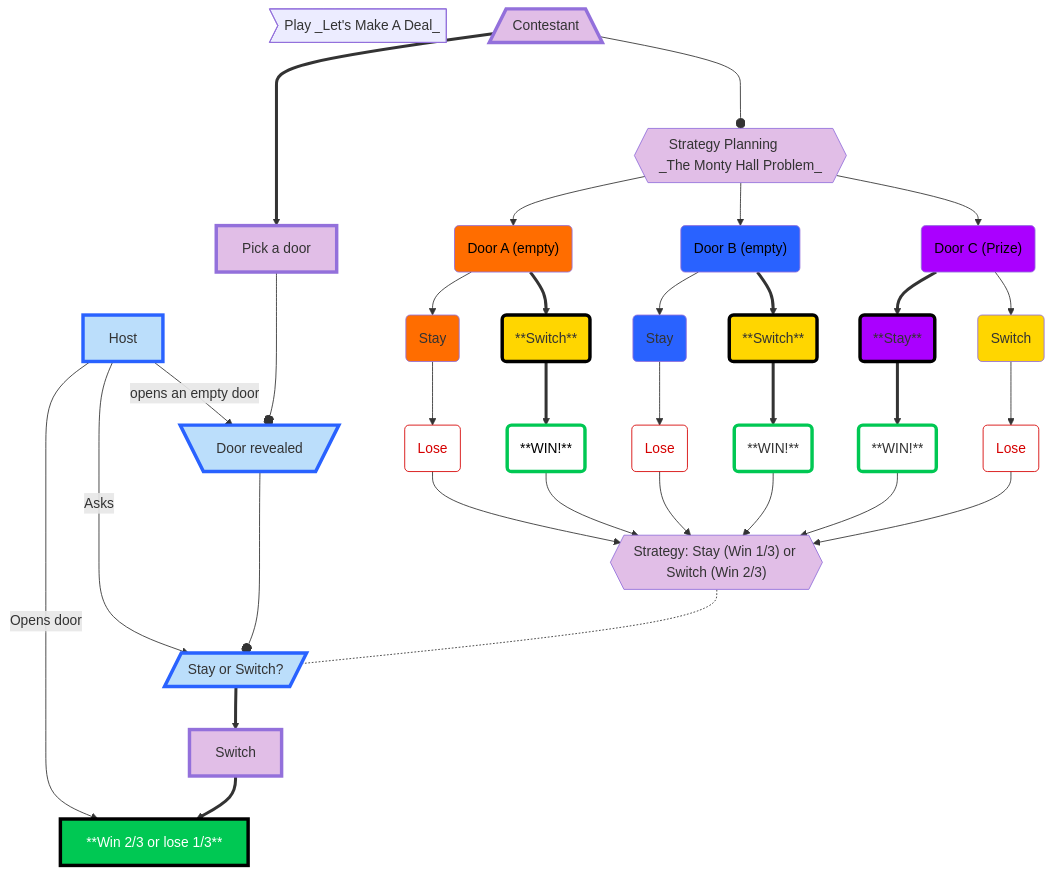
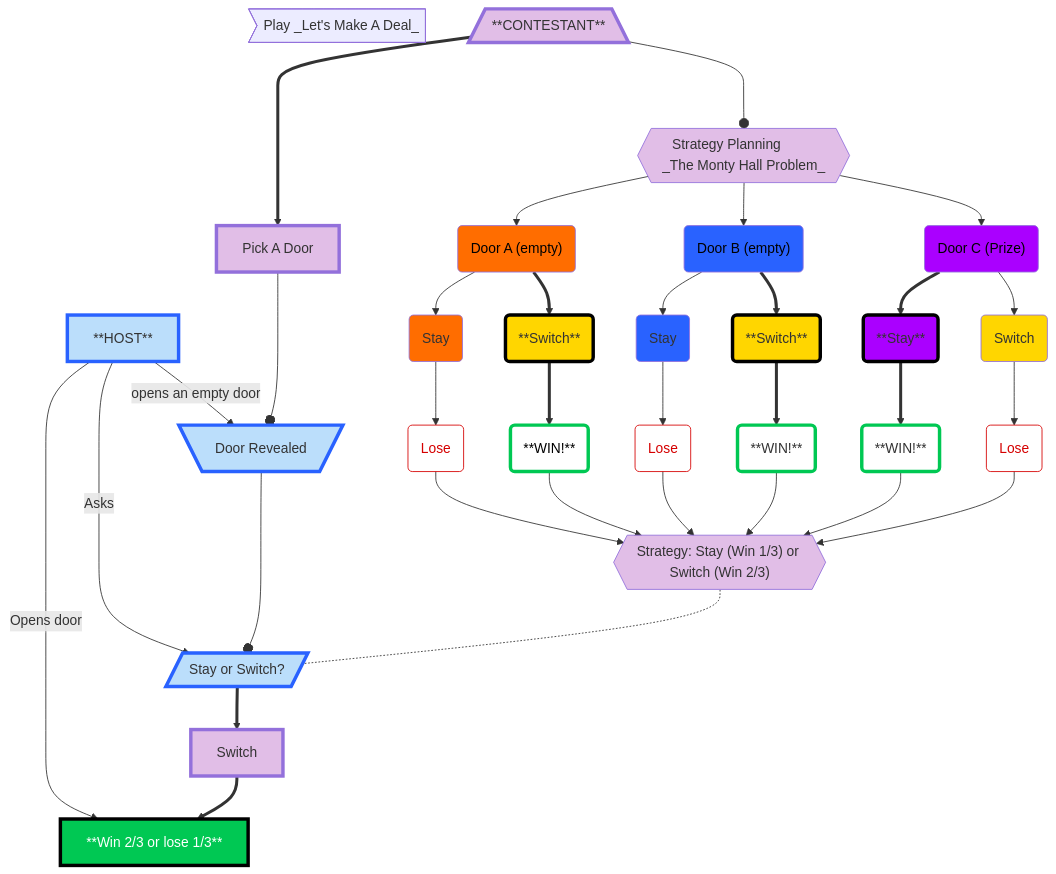
The diagram in Diagram.md (BADmommydale/BADmommydale.github.io), drawn with Mermaid before and after one commit. The commit also changed other lines of this file, not shown here.

First line of the commit message:
Update Diagram.md

````diff
--- a/Diagram.md
+++ b/Diagram.md
@@ -1,58 +1,58 @@
 ```mermaid
 flowchart TD
     A>"Play _Let's Make A Deal_"]
-    G["Host"]
-    B["Contestant"] ==> D["Pick a door"]
+    G["**HOST**"]
+    B["**CONTESTANT**"] ==> D["Pick A Door"]
     G -- Opens door --> Y["**Win 2/3 or lose 1/3**"]
     D ---o E
     G --Asks--> F["Stay or Switch?"]
     E ---o F
     B ---o C["Strategy Planning         _The Monty Hall Problem_"]
     C --> I("Door A (empty)") & N("Door B (empty)") & S("Door C (Prize)")
     I --> J("Stay")
     I ==> K("**Switch**")
     J --> L("Lose")
     K ==> M("**WIN!**")
     N --> O("Stay")
     N ==> P("**Switch**")
     O --> Q("Lose")
     P ==> R("**WIN!**")
     S ==> T("**Stay**")
     S --> U("Switch")
     T ==> V("**WIN!**")
     U --> W("Lose")
     L & M & Q & R & V & W--> H["Strategy: Stay (Win 1/3) or Switch (Win 2/3)"]
     H -.- F
     F ==> X["Switch"]
     X ==> Y
-    G -- opens an empty door --> E["Door revealed"]
+    G -- opens an empty door --> E["Door Revealed"]
     B@{ shape: trap-b}
     C@{ shape: hex}
     E@{ shape: trap-t}
     F@{ shape: lean-r}
     H@{ shape: hex}
     style B fill:#E1BEE7, stroke-width:4px,stroke-dasharray: 0
     style H fill:#E1BEE7,stroke-dasharray: 0
     style D fill:#E1BEE7, stroke-width:4px,stroke-dasharray: 0
     style E fill:#BBDEFB,stroke:#2962FF,stroke-width:4px,stroke-dasharray: 0
     style F fill:#BBDEFB,stroke:#2962FF,stroke-width:4px,stroke-dasharray: 0
     style G fill:#BBDEFB,stroke:#2962FF,stroke-width:4px,stroke-dasharray: 0
     style C fill:#E1BEE7,stroke-dasharray: 0
     style I color:#000000,fill:#FF6D00
     style J fill:#FF6D00
     style K fill:#FFD600,stroke-width:4px,stroke-dasharray: 0,stroke:#000000
     style L fill:transparent,stroke:#D50000,color:#D50000
     style M fill:transparent,stroke-width:4px,stroke-dasharray: 0,stroke:#00C853,color:#000000
     style N color:#000000,fill:#2962FF
     style O fill:#2962FF
     style P fill:#FFD600,stroke-width:4px,stroke-dasharray: 0,stroke:#000000
     style Q fill:transparent,stroke:#D50000,color:#D50000
     style R fill:transparent,stroke-width:4px,stroke-dasharray: 0,stroke:#00C853
     style S color:#000000,fill:#AA00FF
     style T fill:#AA00FF,stroke-width:4px,stroke-dasharray: 0,stroke:#000000
     style U fill:#FFD600
     style V fill:transparent,stroke-width:4px,stroke-dasharray: 0,stroke:#00C853
     style W fill:transparent,stroke:#D50000,color:#D50000
     style X fill:#E1BEE7, stroke-width:4px,stroke-dasharray: 0
     style Y fill:#00C853,color:#FFFFFF,stroke-width:4px,stroke-dasharray: 0,stroke:#000000
 ```
````
